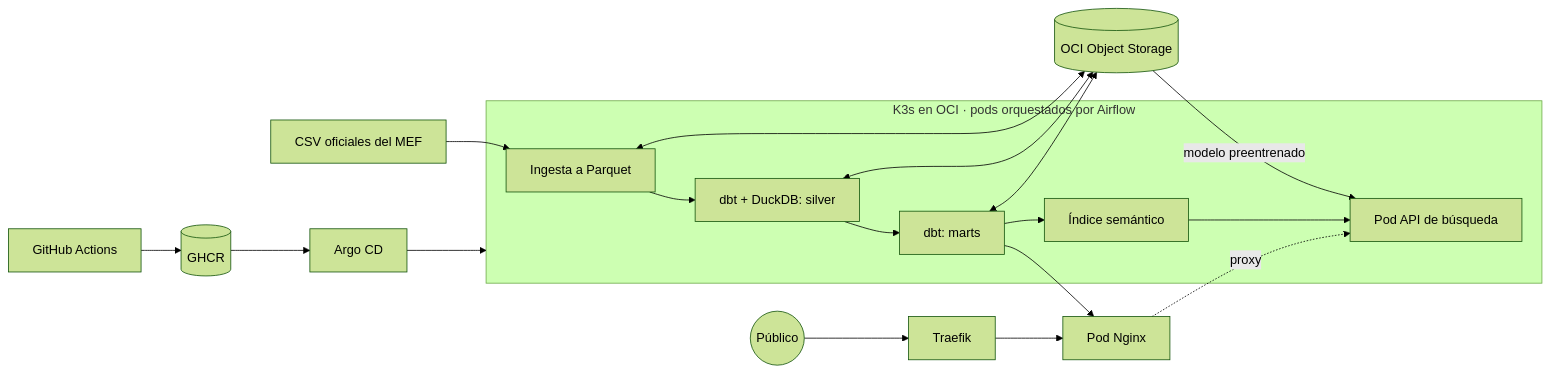
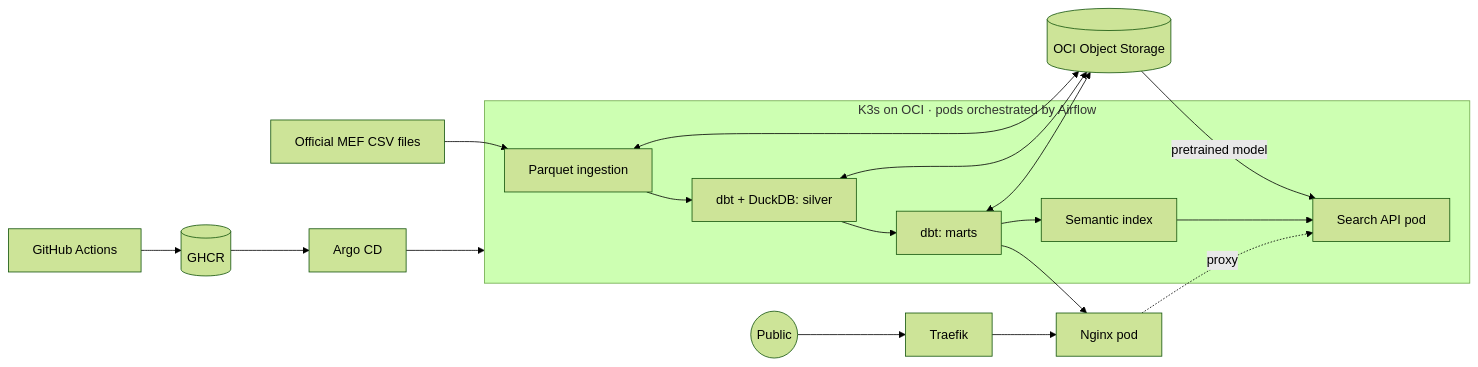
One commit to RenzoAL7/peru-budget-data-platform changed the diagram in README.md. Above: the diagram before and after it, drawn with Mermaid (forest theme). The commit also changed other lines of this file, not shown here.

Commit message:
Traduce el README al ingles y agrega un resumen del proyecto

````diff
--- a/README.md
+++ b/README.md
@@ -22,18 +26,18 @@
 ```mermaid
 flowchart LR
-    MEF[CSV oficiales del MEF] --> Bronze
-    subgraph k3s[K3s en OCI · pods orquestados por Airflow]
-      Bronze[Ingesta a Parquet] --> Silver[dbt + DuckDB: silver]
+    MEF[Official MEF CSV files] --> Bronze
+    subgraph k3s[K3s on OCI · pods orchestrated by Airflow]
+      Bronze[Parquet ingestion] --> Silver[dbt + DuckDB: silver]
       Silver --> Gold[dbt: marts]
-      Gold --> Index[Índice semántico]
-      Search[Pod API de búsqueda]
+      Gold --> Index[Semantic index]
+      Search[Search API pod]
     end
     Bronze & Silver & Gold <--> OCI[(OCI Object Storage)]
-    OCI -- modelo preentrenado --> Search
+    OCI -- pretrained model --> Search
     Index --> Search
-    Gold --> Site[Pod Nginx]
+    Gold --> Site[Nginx pod]
     Site -. proxy .-> Search
-    Usuario((Público)) --> Traefik --> Site
+    User((Public)) --> Traefik --> Site
     Git[GitHub Actions] --> GHCR[(GHCR)]
     GHCR --> Argo[Argo CD] --> k3s
 ```
````
